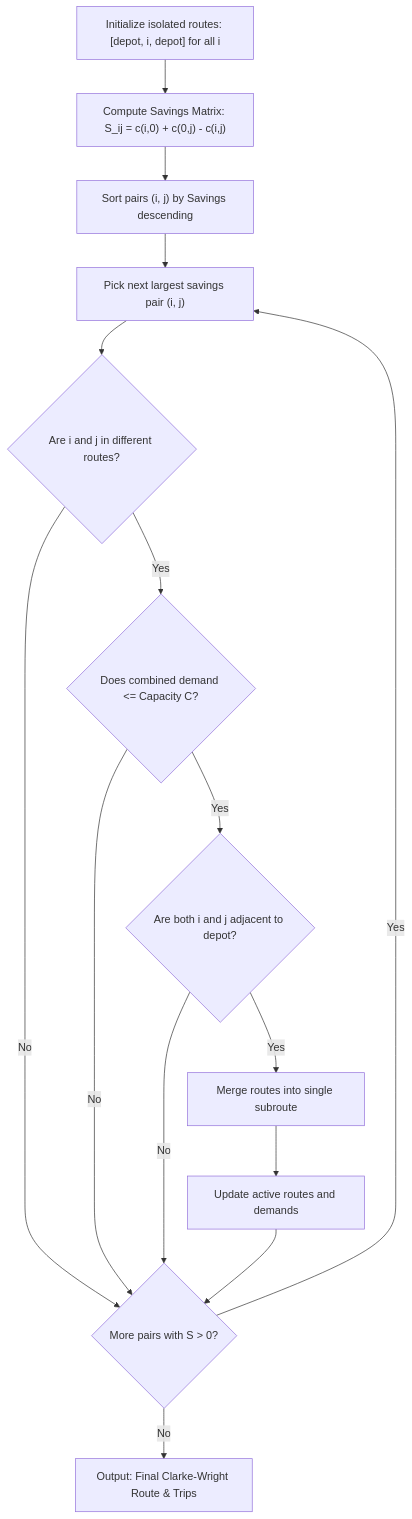
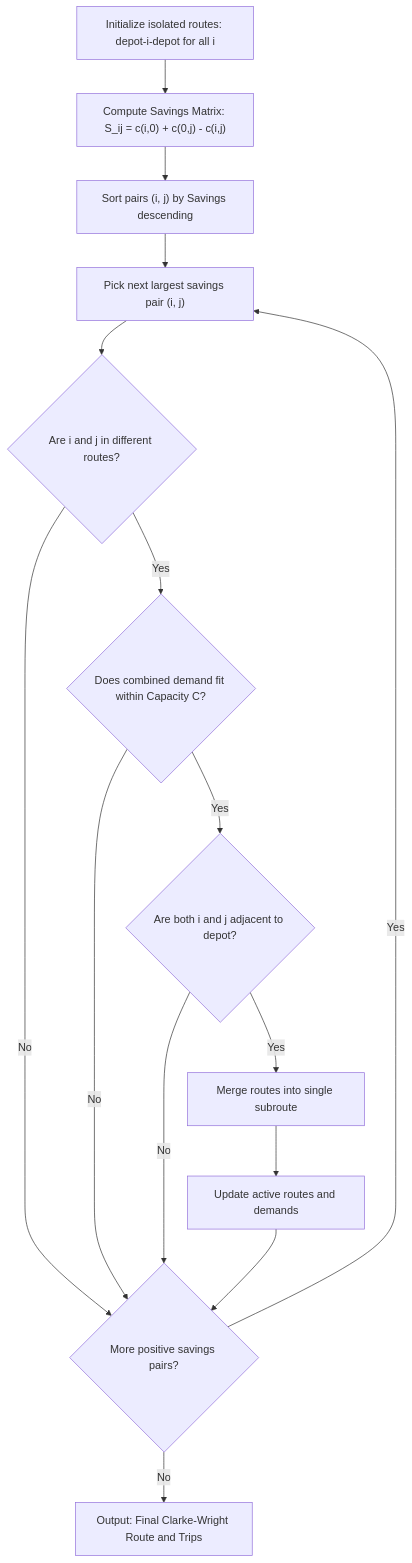
One commit to Santhosh-p653/egreen-quanta changed the diagram in docs/algorithms/08_clarke_wright.md. Above: the diagram before and after it, drawn with Mermaid. The commit also changed 48 other files, not shown here.

````diff
--- a/docs/algorithms/08_clarke_wright.md
+++ b/docs/algorithms/08_clarke_wright.md
@@ -64,17 +64,17 @@
 ```mermaid
 flowchart TD
-    A["Initialize isolated routes: [depot, i, depot] for all i"] --> B["Compute Savings Matrix: S_ij = c(i,0) + c(0,j) - c(i,j)"]
+    A["Initialize isolated routes: depot-i-depot for all i"] --> B["Compute Savings Matrix: S_ij = c(i,0) + c(0,j) - c(i,j)"]
     B --> C["Sort pairs (i, j) by Savings descending"]
     C --> D["Pick next largest savings pair (i, j)"]
     D --> E{"Are i and j in different routes?"}
-    E -- No --> J{"More pairs with S > 0?"}
-    E -- Yes --> F{"Does combined demand <= Capacity C?"}
+    E -- No --> J{"More positive savings pairs?"}
+    E -- Yes --> F{"Does combined demand fit within Capacity C?"}
     F -- No --> J
     F -- Yes --> G{"Are both i and j adjacent to depot?"}
     G -- No --> J
     G -- Yes --> H["Merge routes into single subroute"]
     H --> I["Update active routes and demands"]
     I --> J
     J -- Yes --> D
-    J -- No --> K["Output: Final Clarke-Wright Route & Trips"]
+    J -- No --> K["Output: Final Clarke-Wright Route and Trips"]
 ```
````
